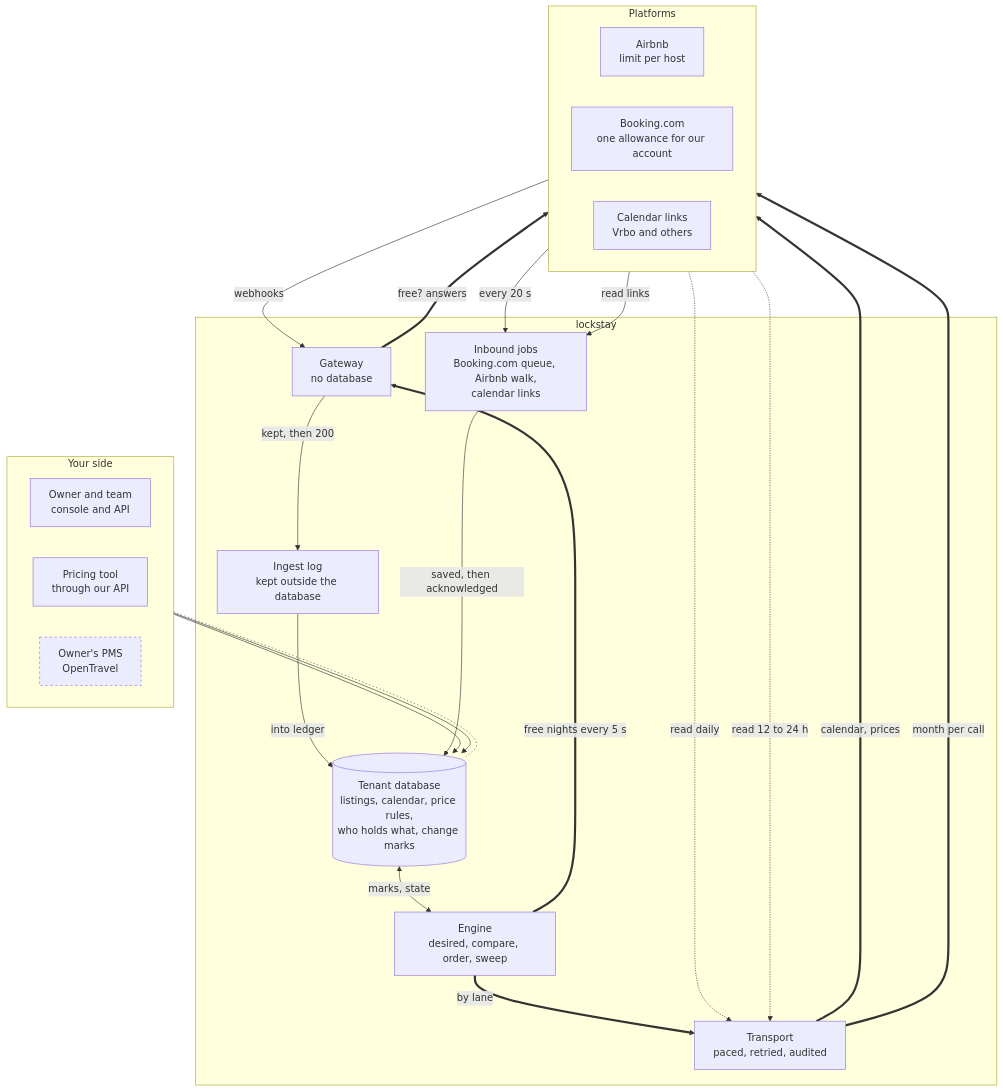
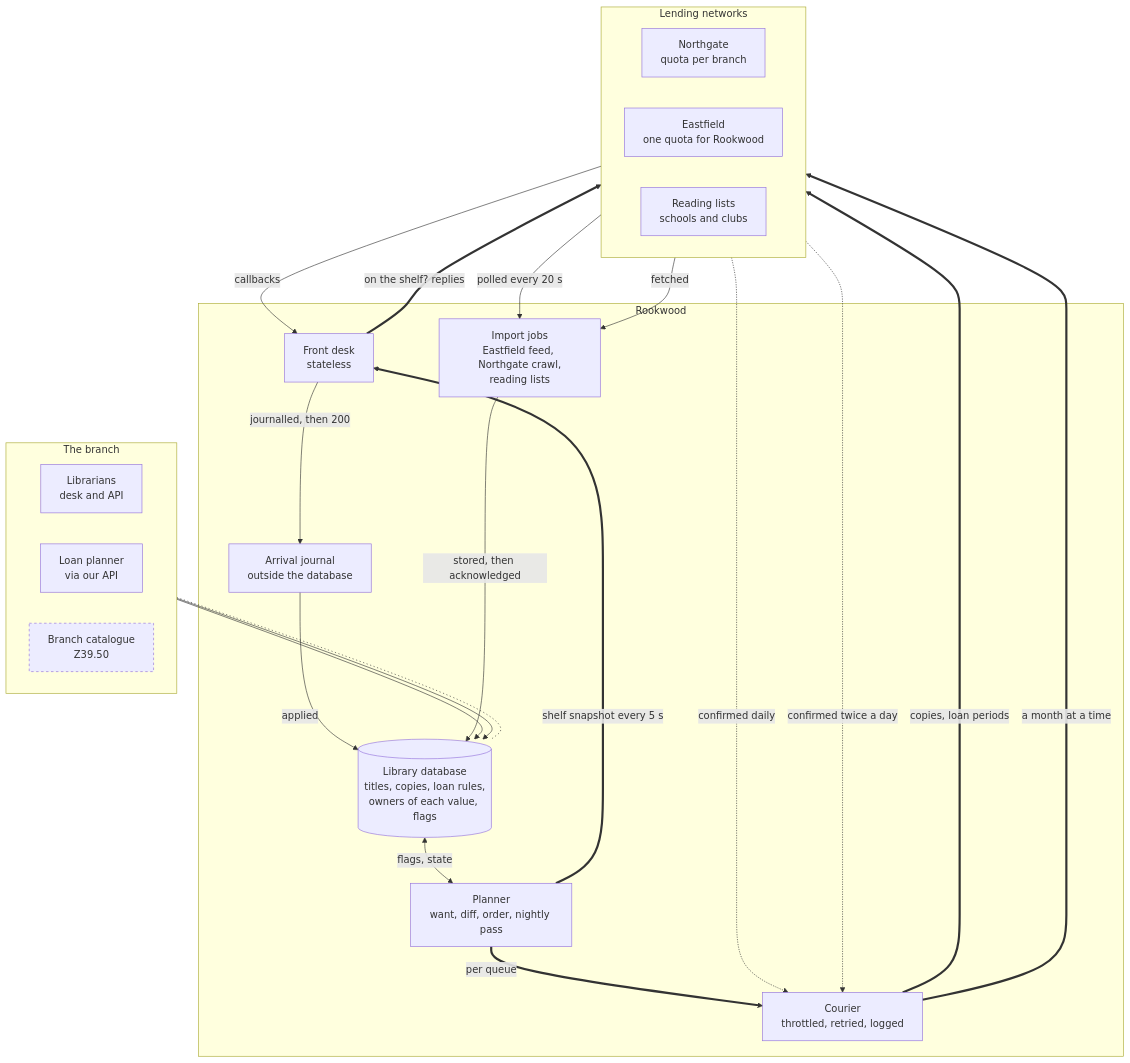
Before and after one commit to Neaox/quill: the first of 7 diagrams in packages/markdown/corpus/20-architecture-map.md, drawn with Mermaid. The commit also changed other lines of this file and 90 other files, not shown here.

````diff
--- a/packages/markdown/corpus/20-architecture-map.md
+++ b/packages/markdown/corpus/20-architecture-map.md
@@ -16,49 +16,49 @@
 ```mermaid
 flowchart TB
-  accTitle: The loop
-  accDescr: Facts enter through the gateway and inbound jobs into the tenant database; the engine compares desired with sent and seen state and sends through the transport to Airbnb and Booking.com, reading back to check.
+  accTitle: The cycle
+  accDescr: Arrivals from the networks and the import jobs land in the library database; the planner works out each network's view and the courier writes it to Northgate and Eastfield, confirming afterwards.
 
-  subgraph yours [Your side]
+  subgraph branch [The branch]
     direction LR
-    owner["Owner and team<br>console and API"]
-    pricing["Pricing tool<br>through our API"]
-    pms["Owner's PMS<br>OpenTravel"]:::planned
+    staff["Librarians<br>desk and API"]
+    planner["Loan planner<br>via our API"]
+    ils["Branch catalogue<br>Z39.50"]:::planned
   end
 
-  subgraph lockstay [lockstay]
-    db[("Tenant database<br>listings, calendar, price rules,<br>who holds what, change marks")]
-    ingest["Ingest log<br>kept outside the database"]
-    engine["Engine<br>desired, compare, order, sweep"]
-    gateway["Gateway<br>no database"]
-    transport["Transport<br>paced, retried, audited"]
-    inbound["Inbound jobs<br>Booking.com queue, Airbnb walk,<br>calendar links"]
+  subgraph rookwood [Rookwood]
+    db[("Library database<br>titles, copies, loan rules,<br>owners of each value, flags")]
+    journal["Arrival journal<br>outside the database"]
+    planner2["Planner<br>want, diff, order, nightly pass"]
+    desk["Front desk<br>stateless"]
+    courier["Courier<br>throttled, retried, logged"]
+    imports["Import jobs<br>Eastfield feed, Northgate crawl,<br>reading lists"]
   end
 
-  subgraph platforms [Platforms]
+  subgraph outside [Lending networks]
     direction LR
-    airbnb["Airbnb<br>limit per host"]
-    booking["Booking.com<br>one allowance for our account"]
-    links["Calendar links<br>Vrbo and others"]
+    northgate["Northgate<br>quota per branch"]
+    eastfield["Eastfield<br>one quota for Rookwood"]
+    lists["Reading lists<br>schools and clubs"]
   end
 
-  owner --> db
-  pricing --> db
-  pms -.- db
-  airbnb -->|webhooks| gateway
-  gateway -->|kept, then 200| ingest
-  ingest -->|into ledger| db
-  db <-->|marks, state| engine
-  engine ==>|free nights every 5 s| gateway
-  gateway ==>|free? answers| airbnb
-  engine ==>|by lane| transport
-  transport ==>|calendar, prices| airbnb
-  transport ==>|month per call| booking
-  airbnb -.->|read daily| transport
-  booking -.->|read 12 to 24 h| transport
-  booking -->|every 20 s| inbound
-  links -->|read links| inbound
-  inbound -->|saved, then acknowledged| db
+  staff --> db
+  planner --> db
+  ils -.- db
+  northgate -->|callbacks| desk
+  desk -->|journalled, then 200| journal
+  journal -->|applied| db
+  db <-->|flags, state| planner2
+  planner2 ==>|shelf snapshot every 5 s| desk
+  desk ==>|on the shelf? replies| northgate
+  planner2 ==>|per queue| courier
+  courier ==>|copies, loan periods| northgate
+  courier ==>|a month at a time| eastfield
+  northgate -.->|confirmed daily| courier
+  eastfield -.->|confirmed twice a day| courier
+  eastfield -->|polled every 20 s| imports
+  lists -->|fetched| imports
+  imports -->|stored, then acknowledged| db
 
   classDef planned stroke-dasharray: 4 4
   linkStyle 2 stroke-dasharray: 2 4
 ```
````
